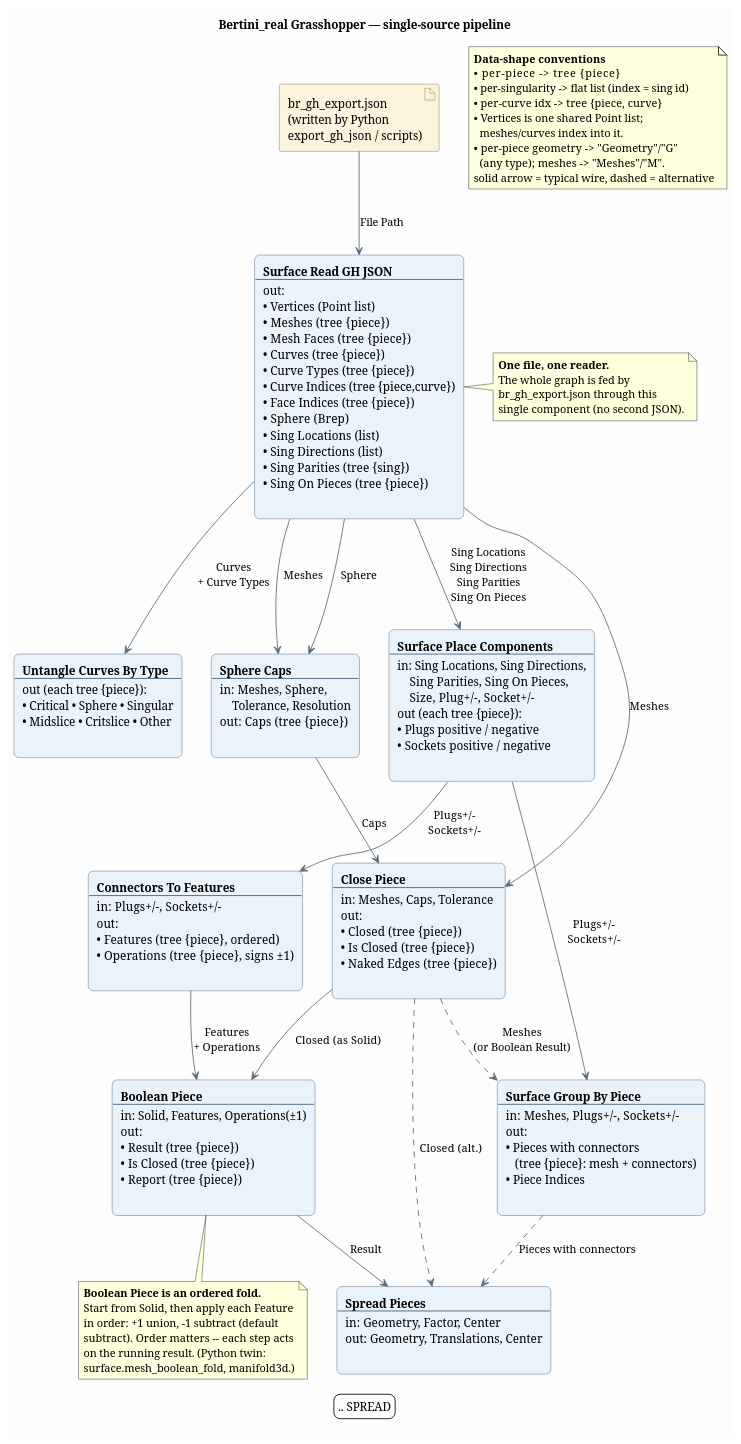
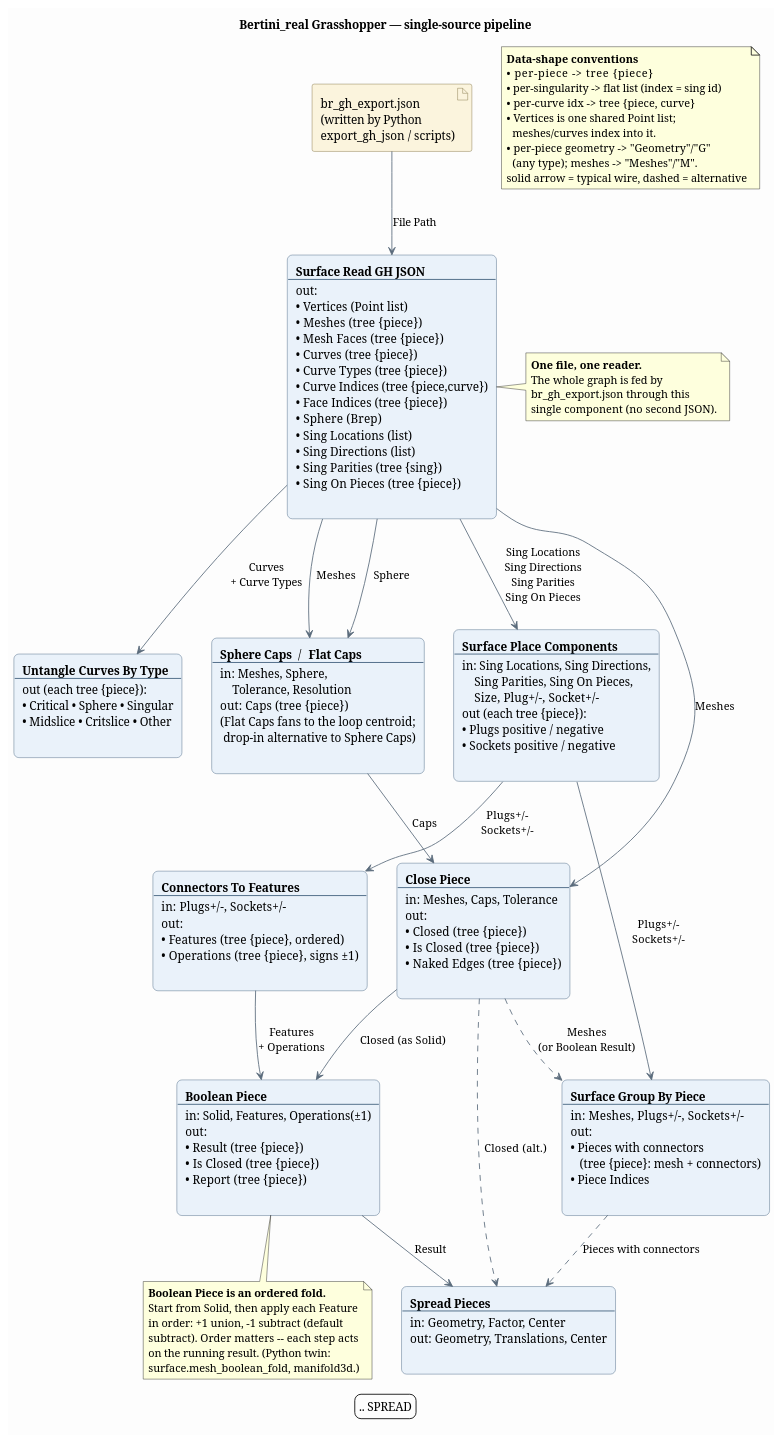
Before and after one commit to ofloveandhate/bertini_real: the diagram in grasshopper/docs/usage.puml, drawn with PlantUML. The commit also changed 11 other files, not shown here.

```diff
--- a/grasshopper/docs/usage.puml
+++ b/grasshopper/docs/usage.puml
@@ -1,106 +1,106 @@
 @startuml
 ' Bertini_real Grasshopper components — single-source usage graph.
 ' Render with PlantUML:  plantuml grasshopper/docs/usage.puml   (-> usage.png/svg)
 
 title Bertini_real Grasshopper — single-source pipeline
 
 skinparam backgroundColor #FDFDFD
 skinparam shadowing false
 skinparam defaultFontName Helvetica
 skinparam ArrowColor #5A6B7B
 skinparam rectangle {
   BorderColor #3A5A78
   BackgroundColor #EAF2FA
   RoundCorner 12
 }
 skinparam artifact {
   BorderColor #7A6A3A
   BackgroundColor #FBF4DD
 }
 
 ' ---- the one source ----
 artifact "br_gh_export.json\n(written by Python\nexport_gh_json / scripts)" as JSON
 
 ' ---- the one reader ----
 rectangle "**Surface Read GH JSON**\l--\lout:\l• Vertices  (Point list)\l• Meshes  (tree {piece})\l• Mesh Faces  (tree {piece})\l• Curves  (tree {piece})\l• Curve Types  (tree {piece})\l• Curve Indices  (tree {piece,curve})\l• Face Indices  (tree {piece})\l• Sphere  (Brep)\l• Sing Locations  (list)\l• Sing Directions  (list)\l• Sing Parities  (tree {sing})\l• Sing On Pieces  (tree {piece})\l" as READER
 
 JSON --> READER : File Path
 
 ' ======================================================================
 ' Branch 1 — curves
 ' ======================================================================
 rectangle "**Untangle Curves By Type**\l--\lout (each tree {piece}):\l• Critical • Sphere • Singular\l• Midslice • Critslice • Other\l" as UNTANGLE
 
 READER --> UNTANGLE : Curves\n+ Curve Types
 
 ' ======================================================================
 ' Branch 2 — geometry: cap -> close -> boolean -> (spread)
 ' ======================================================================
-rectangle "**Sphere Caps**\l--\lin: Meshes, Sphere,\l    Tolerance, Resolution\lout: Caps  (tree {piece})\l" as CAPS
+rectangle "**Sphere Caps**  /  **Flat Caps**\l--\lin: Meshes, Sphere,\l    Tolerance, Resolution\lout: Caps  (tree {piece})\l(Flat Caps fans to the loop centroid;\l drop-in alternative to Sphere Caps)\l" as CAPS
 
 rectangle "**Close Piece**\l--\lin: Meshes, Caps, Tolerance\lout:\l• Closed  (tree {piece})\l• Is Closed  (tree {piece})\l• Naked Edges  (tree {piece})\l" as CLOSE
 
 rectangle "**Boolean Piece**\l--\lin: Solid, Features, Operations(±1)\lout:\l• Result  (tree {piece})\l• Is Closed  (tree {piece})\l• Report  (tree {piece})\l" as BOOL
 
 rectangle "**Spread Pieces**\l--\lin: Geometry, Factor, Center\lout: Geometry, Translations, Center\l" as SPREAD
 
 READER --> CAPS : Meshes
 READER --> CAPS : Sphere
 READER --> CLOSE : Meshes
 CAPS --> CLOSE : Caps
 CLOSE --> BOOL : Closed  (as Solid)
 
 ' ======================================================================
 ' Branch 3 — singularity connectors -> features -> boolean
 ' ======================================================================
 rectangle "**Surface Place Components**\l--\lin: Sing Locations, Sing Directions,\l    Sing Parities, Sing On Pieces,\l    Size, Plug+/-, Socket+/-\lout (each tree {piece}):\l• Plugs positive / negative\l• Sockets positive / negative\l" as PLACE
 
 rectangle "**Connectors To Features**\l--\lin: Plugs+/-, Sockets+/-\lout:\l• Features  (tree {piece}, ordered)\l• Operations  (tree {piece}, signs ±1)\l" as CONNFEAT
 
 READER --> PLACE : Sing Locations\nSing Directions\nSing Parities\nSing On Pieces
 PLACE --> CONNFEAT : Plugs+/-\nSockets+/-
 CONNFEAT --> BOOL : Features\n+ Operations
 
 ' ======================================================================
 ' Grouping / viewing
 ' ======================================================================
 rectangle "**Surface Group By Piece**\l--\lin: Meshes, Plugs+/-, Sockets+/-\lout:\l• Pieces with connectors\l   (tree {piece}: mesh + connectors)\l• Piece Indices\l" as GROUP
 
 CLOSE ..> GROUP : Meshes\n(or Boolean Result)
 PLACE --> GROUP : Plugs+/-\nSockets+/-
 
 BOOL --> SPREAD : Result
 GROUP ..> SPREAD : Pieces with connectors
 CLOSE ..> SPREAD : Closed  (alt.)
 
 ' ---- notes ----
 note right of READER
   **One file, one reader.**
   The whole graph is fed by
   br_gh_export.json through this
   single component (no second JSON).
 end note
 
 note bottom of BOOL
   **Boolean Piece is an ordered fold.**
   Start from Solid, then apply each Feature
   in order: +1 union, -1 subtract (default
   subtract). Order matters -- each step acts
   on the running result. (Python twin:
   surface.mesh_boolean_fold, manifold3d.)
 end note
 
 note as LEGEND
   **Data-shape conventions**
   • per-piece       -> tree {piece}
   • per-singularity -> flat list (index = sing id)
   • per-curve idx   -> tree {piece, curve}
   • Vertices is one shared Point list;
     meshes/curves index into it.
   • per-piece geometry -> "Geometry"/"G"
     (any type); meshes -> "Meshes"/"M".
   solid arrow = typical wire,  dashed = alternative
 end note
 LEGEND .. SPREAD
 
 @enduml
```
